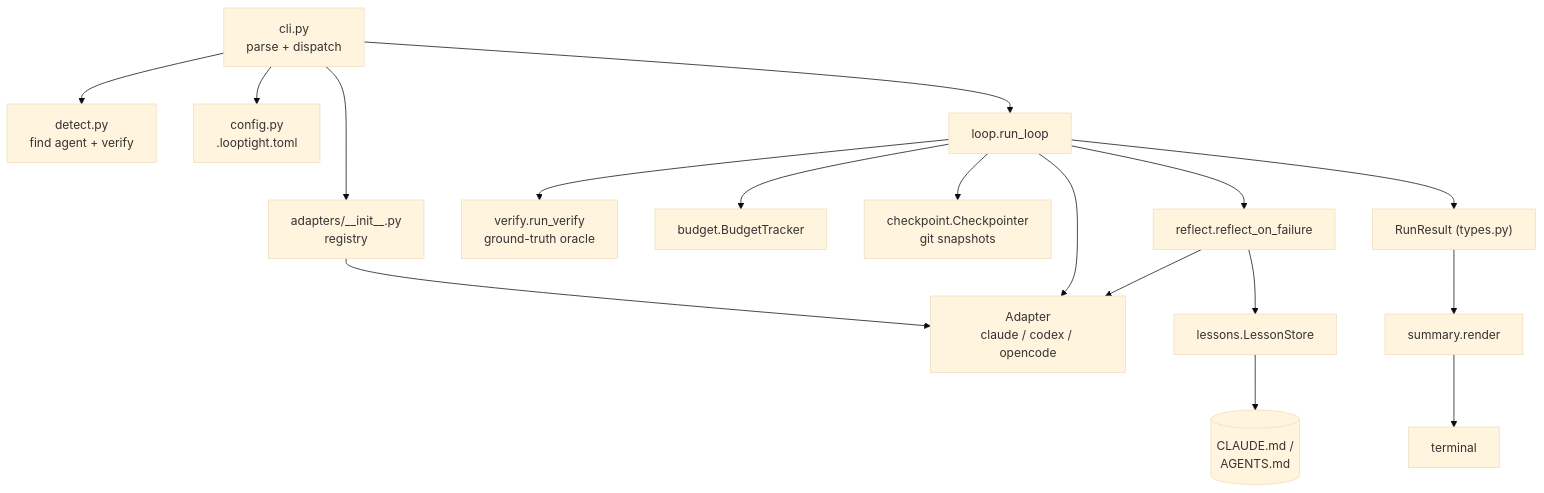
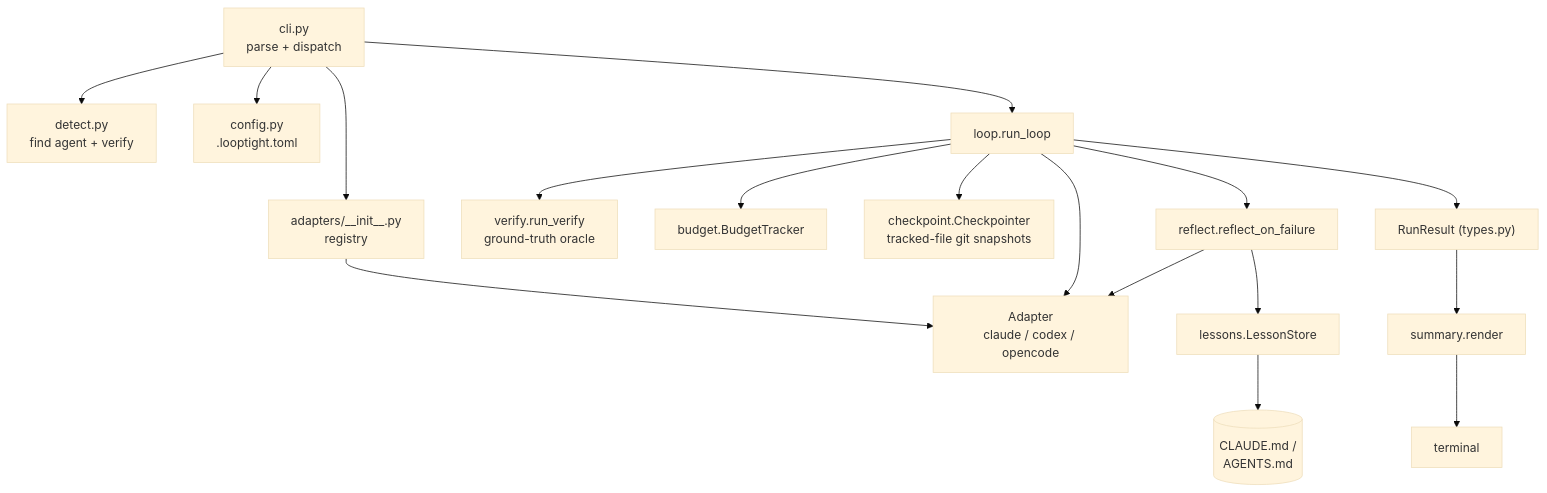
One commit to andrewli8/looptight changed the first of 4 diagrams in docs/architecture.md. Above: the diagram before and after it, drawn with Mermaid (base theme). The commit also changed other lines of this file and 5 other files, not shown here.

Commit message:
docs: clarify tracked-file checkpoint scope

````diff
--- a/docs/architecture.md
+++ b/docs/architecture.md
@@ -12,35 +12,35 @@
 ```mermaid
 flowchart TD
     CLI["cli.py<br/>parse + dispatch"]
     DET["detect.py<br/>find agent + verify"]
     CFG["config.py<br/>.looptight.toml"]
     REG["adapters/__init__.py<br/>registry"]
     ADP["Adapter<br/>claude / codex / opencode"]
     LOOP["loop.run_loop"]
     VER["verify.run_verify<br/>ground-truth oracle"]
     BUD["budget.BudgetTracker"]
-    CHK["checkpoint.Checkpointer<br/>git snapshots"]
+    CHK["checkpoint.Checkpointer<br/>tracked-file git snapshots"]
     REF["reflect.reflect_on_failure"]
     STORE["lessons.LessonStore"]
     MEM[("CLAUDE.md /<br/>AGENTS.md")]
     RES["RunResult (types.py)"]
     SUM["summary.render"]
     OUT["terminal"]
 
     CLI --> DET
     CLI --> CFG
     CLI --> REG
     REG --> ADP
     CLI --> LOOP
     LOOP --> ADP
     LOOP --> VER
     LOOP --> BUD
     LOOP --> CHK
     LOOP --> REF
     REF --> ADP
     REF --> STORE
     STORE --> MEM
     LOOP --> RES
     RES --> SUM
     SUM --> OUT
 ```
````
